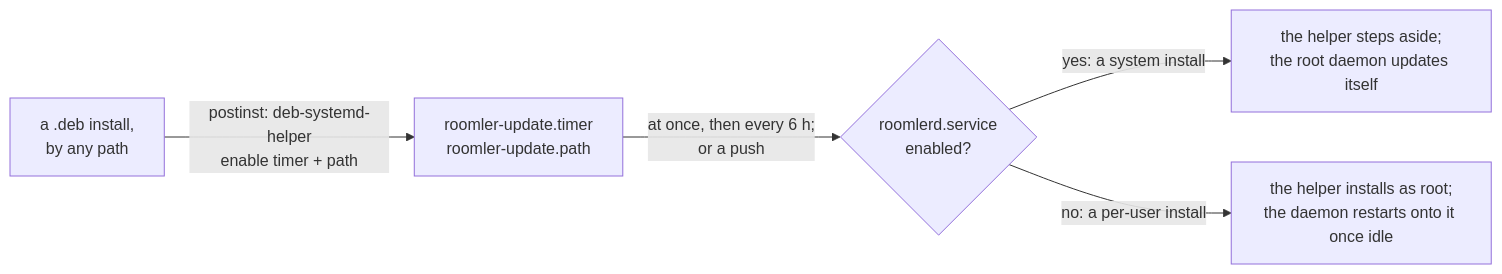
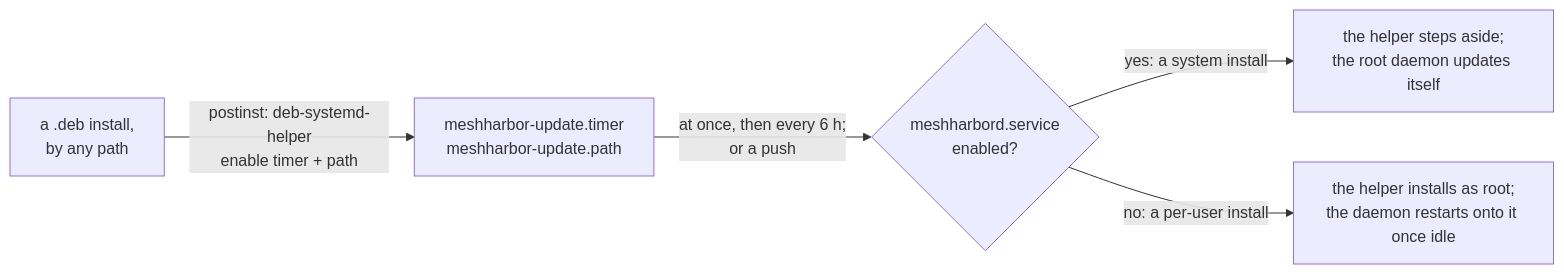
One commit to jk-zhang-meta/MeshHarbor changed the fifth of 5 diagrams in docs/linux-self-update.md. Above: the diagram before and after it, drawn with Mermaid. The commit also changed other lines of this file and 160 other files, not shown here.

````diff
--- a/docs/linux-self-update.md
+++ b/docs/linux-self-update.md
@@ -445,7 +445,7 @@
 ```mermaid
 flowchart LR
-    I["a .deb install,<br/>by any path"] -->|"postinst: deb-systemd-helper<br/>enable timer + path"| H["roomler-update.timer<br/>roomler-update.path"]
-    H -->|"at once, then every 6 h;<br/>or a push"| S{"roomlerd.service<br/>enabled?"}
+    I["a .deb install,<br/>by any path"] -->|"postinst: deb-systemd-helper<br/>enable timer + path"| H["meshharbor-update.timer<br/>meshharbor-update.path"]
+    H -->|"at once, then every 6 h;<br/>or a push"| S{"meshharbord.service<br/>enabled?"}
     S -->|"yes: a system install"| A["the helper steps aside;<br/>the root daemon updates itself"]
     S -->|"no: a per-user install"| U["the helper installs as root;<br/>the daemon restarts onto it once idle"]
 ```
````
